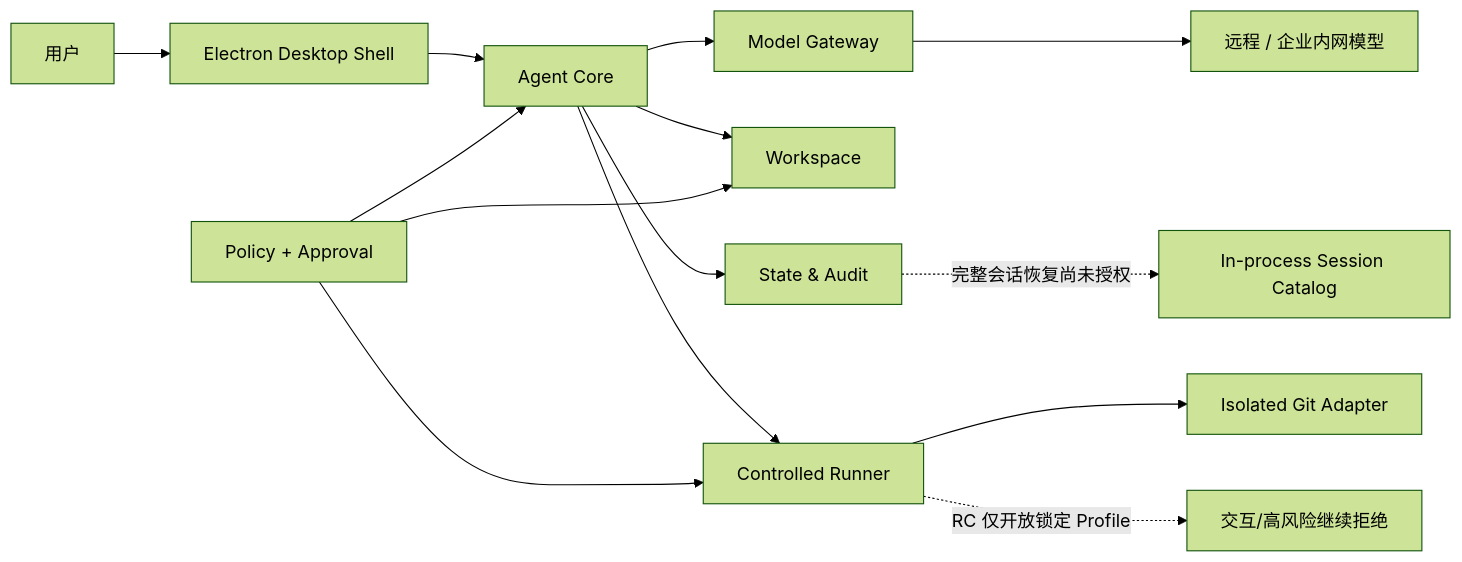
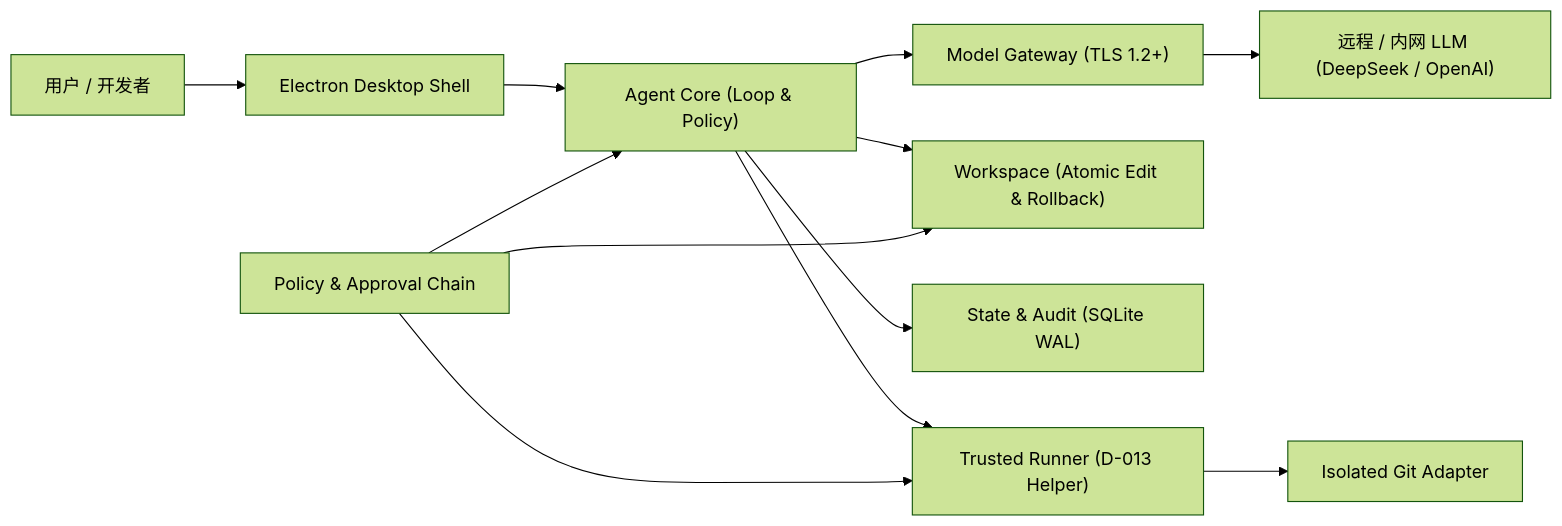
Before and after one commit to allin2/win7-coding-Agent: the diagram in README.md, drawn with Mermaid (forest theme). The commit also changed other lines of this file and 2 other files, not shown here.

````diff
--- a/README.md
+++ b/README.md
@@ -81,18 +25,15 @@
 ```mermaid
 flowchart LR
-    User["用户"] --> Shell["Electron Desktop Shell"]
-    Shell --> Core["Agent Core"]
-    Core --> Gateway["Model Gateway"]
-    Gateway --> Model["远程 / 企业内网模型"]
-    Core --> Workspace["Workspace"]
-    Core --> State["State & Audit"]
-    Core --> Runner["Controlled Runner"]
+    User["用户 / 开发者"] --> Shell["Electron Desktop Shell"]
+    Shell --> Core["Agent Core (Loop & Policy)"]
+    Core --> Gateway["Model Gateway (TLS 1.2+)"]
+    Gateway --> Model["远程 / 内网 LLM (DeepSeek / OpenAI)"]
+    Core --> Workspace["Workspace (Atomic Edit & Rollback)"]
+    Core --> State["State & Audit (SQLite WAL)"]
+    Core --> Runner["Trusted Runner (D-013 Helper)"]
     Runner --> Git["Isolated Git Adapter"]
 
-    Policy["Policy + Approval"] --> Core
+    Policy["Policy & Approval Chain"] --> Core
     Policy --> Workspace
     Policy --> Runner
-
-    Runner -. "RC 仅开放锁定 Profile" .-> Blocked1["交互/高风险继续拒绝"]
-    State -. "完整会话恢复尚未授权" .-> Memory["In-process Session Catalog"]
 ```
````
